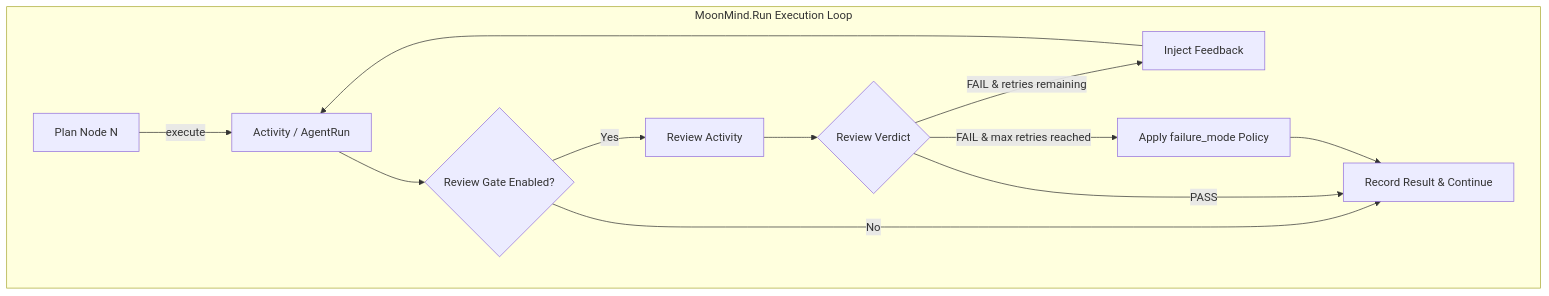
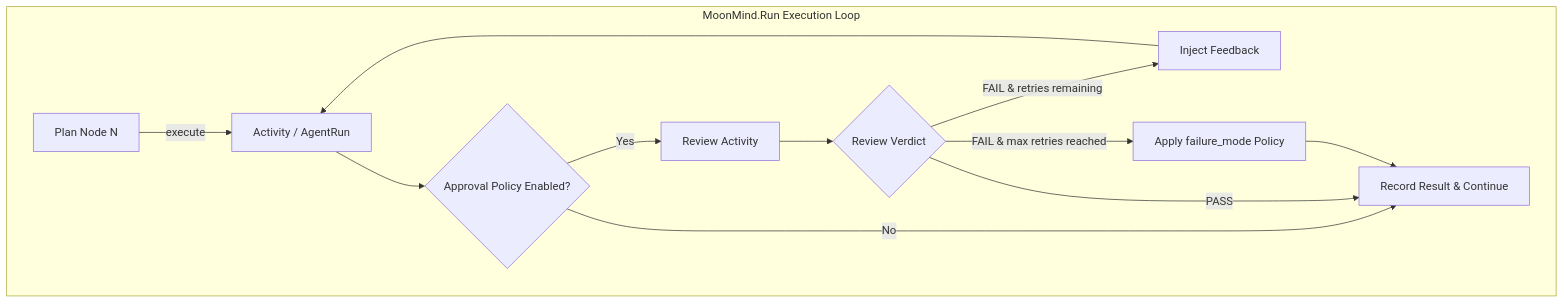
The diagram in docs/Tasks/StepReviewGateSystem.md (MoonLadderStudios/MoonMind), drawn with Mermaid before and after one commit. The commit also changed other lines of this file and 32 other files, not shown here.

````diff
--- a/docs/Tasks/StepReviewGateSystem.md
+++ b/docs/Tasks/StepReviewGateSystem.md
@@ -39,15 +39,15 @@
 ```mermaid
 flowchart TD
     subgraph MoonMind.Run Execution Loop
         A[Plan Node N] -->|execute| B[Activity / AgentRun]
-        B --> C{Review Gate Enabled?}
+        B --> C{Approval Policy Enabled?}
         C -->|No| D[Record Result & Continue]
         C -->|Yes| E[Review Activity]
         E --> F{Review Verdict}
         F -->|PASS| D
         F -->|FAIL & retries remaining| G[Inject Feedback]
         G --> B
         F -->|FAIL & max retries reached| H[Apply failure_mode Policy]
         H --> D
     end
 ```
````
